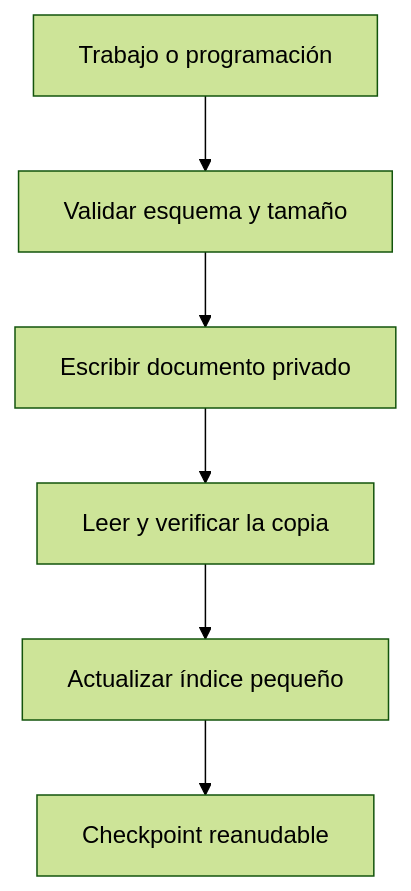
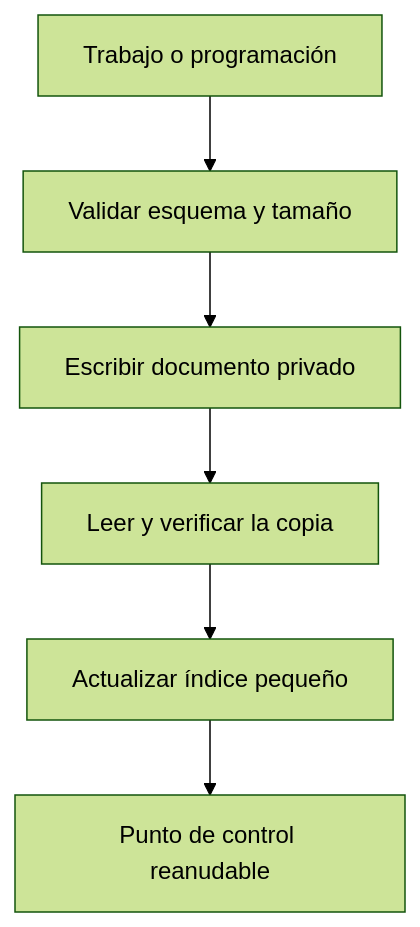
One commit to antoniojesusdelgado/drivetransfer changed the fourth of 4 diagrams in ARCHITECTURE.md. Above: the diagram before and after it, drawn with Mermaid (forest theme). The commit also changed other lines of this file and 12 other files, not shown here.

````diff
--- a/ARCHITECTURE.md
+++ b/ARCHITECTURE.md
@@ -99,8 +100,8 @@
 ```mermaid
 flowchart TD
   S[Trabajo o programación] --> V[Validar esquema y tamaño]
   V --> W[Escribir documento privado]
   W --> R[Leer y verificar la copia]
   R --> I[Actualizar índice pequeño]
-  I --> C[Checkpoint reanudable]
+  I --> C[Punto de control reanudable]
 ```
````
